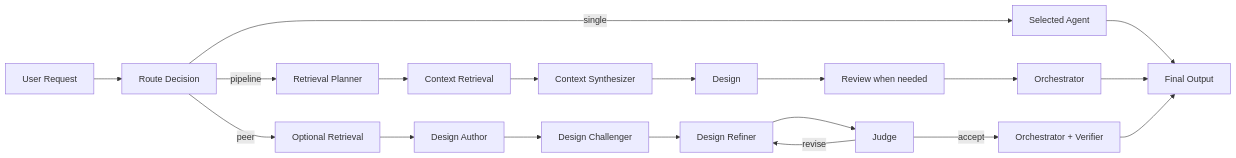
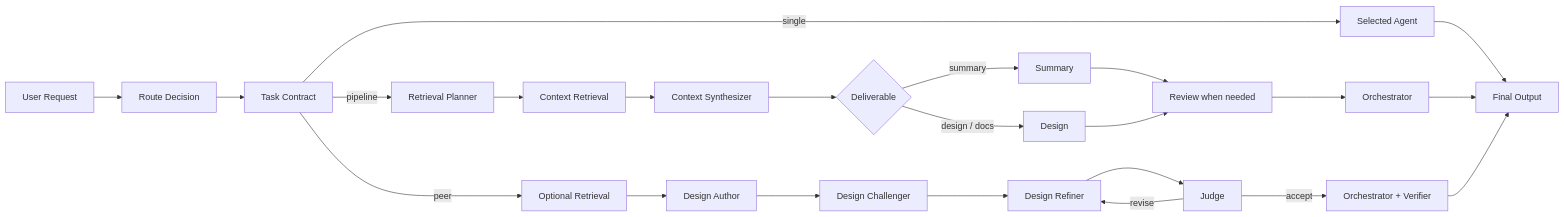
One commit to crissdiamond/crisAI changed the second of 2 diagrams in README.md. Above: the diagram before and after it, drawn with Mermaid. The commit also changed other lines of this file and 14 other files, not shown here.

Commit message:
feat(orchestration): add summary task routing

````diff
--- a/README.md
+++ b/README.md
@@ -53,24 +54,29 @@
 ```mermaid
 flowchart LR
     Request[User Request] --> Route[Route Decision]
 
-    Route -->|single| SingleAgent[Selected Agent]
-    Route -->|pipeline| RetrievalPlanner[Retrieval Planner]
+    Route --> Contract[Task Contract]
+
+    Contract -->|single| SingleAgent[Selected Agent]
+    Contract -->|pipeline| RetrievalPlanner[Retrieval Planner]
     RetrievalPlanner --> ContextRetrieval[Context Retrieval]
     ContextRetrieval --> ContextSynth[Context Synthesizer]
-    ContextSynth --> Design[Design]
-    Design --> Review[Review when needed]
+    ContextSynth --> DraftChoice{Deliverable}
+    DraftChoice -->|summary| Summary[Summary]
+    DraftChoice -->|design / docs| Design[Design]
+    Summary --> Review[Review when needed]
+    Design --> Review
     Review --> Orchestrator[Orchestrator]
 
-    Route -->|peer| PeerRetrieval[Optional Retrieval]
+    Contract -->|peer| PeerRetrieval[Optional Retrieval]
     PeerRetrieval --> Author[Design Author]
     Author --> Challenger[Design Challenger]
     Challenger --> Refiner[Design Refiner]
     Refiner --> Judge[Judge]
     Judge -->|revise| Refiner
     Judge -->|accept| PeerFinal[Orchestrator + Verifier]
 
     SingleAgent --> Final[Final Output]
     Orchestrator --> Final
     PeerFinal --> Final
 ```
````
